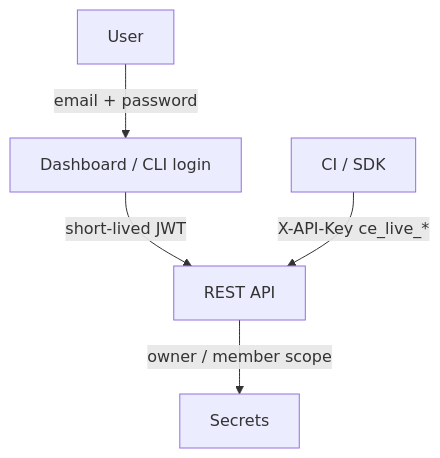
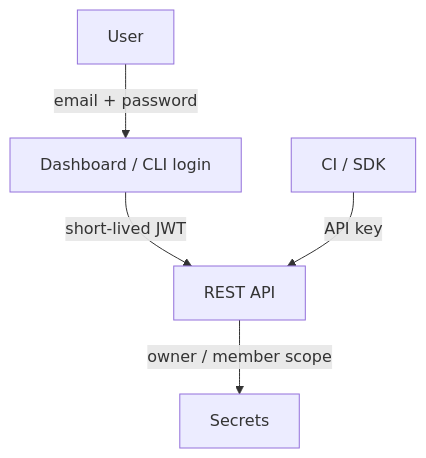
Before and after one commit to maheshshinde9100/CryptEnv: the fourth of 4 diagrams in README.md, drawn with Mermaid. The commit also changed other lines of this file, not shown here.

````diff
--- a/README.md
+++ b/README.md
@@ -98,7 +121,7 @@
 ```mermaid
 flowchart TD
   U[User] -->|email + password| D[Dashboard / CLI login]
   D -->|short-lived JWT| API[REST API]
-  CI[CI / SDK] -->|X-API-Key ce_live_*| API
+  CI[CI / SDK] -->|API key| API
   API -->|owner / member scope| S[Secrets]
 ```
````
